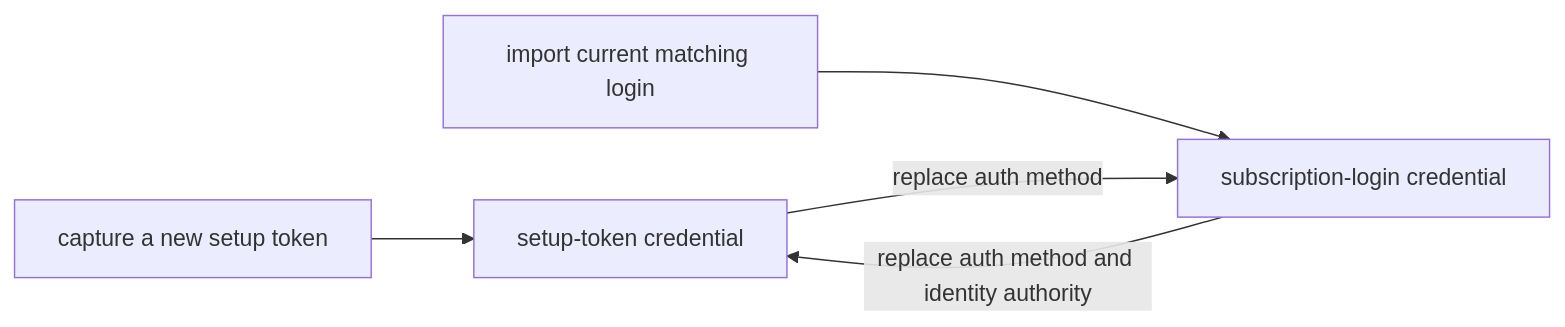
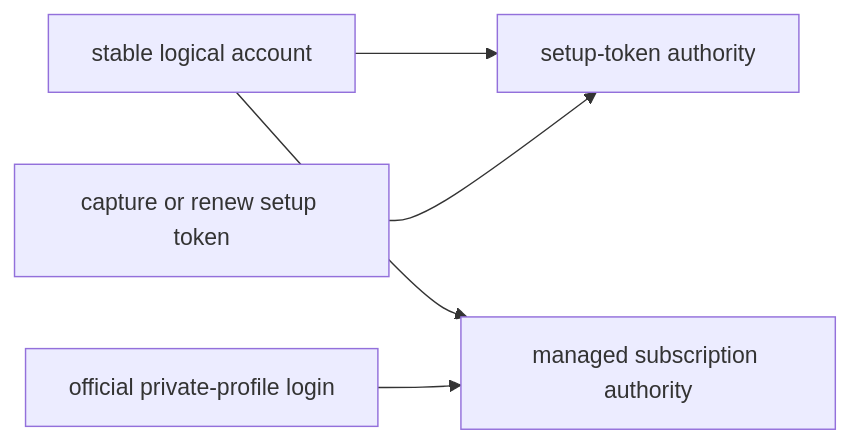
One commit to Sawmonabo/sidekick-usages changed the diagram in docs/claude/README.md. Above: the diagram before and after it, drawn with Mermaid. The commit also changed other lines of this file and 85 other files, not shown here.

Commit message:
feat(claude): migrate accounts to managed profiles

````diff
--- a/docs/claude/README.md
+++ b/docs/claude/README.md
@@ -78,15 +76,16 @@
 ```mermaid
 flowchart LR
-    accTitle: Claude credential transitions
-    accDescr: Setup tokens and subscription logins remain separate and every method change is explicit.
+    accTitle: Claude credential authorities
+    accDescr: One stable account may retain independent setup-token and subscription authorities.
 
-    Setup["setup-token credential"]
-    Login["subscription-login credential"]
-    Import["import current matching login"]
-    Replace["capture a new setup token"]
+    Account["stable logical account"]
+    Setup["setup-token authority"]
+    Login["managed subscription authority"]
+    Capture["capture or renew setup token"]
+    Repair["official private-profile login"]
 
-    Replace --> Setup
-    Import --> Login
-    Setup -- "replace auth method" --> Login
-    Login -- "replace auth method and identity authority" --> Setup
+    Account --> Setup
+    Account --> Login
+    Capture --> Setup
+    Repair --> Login
 ```
````
